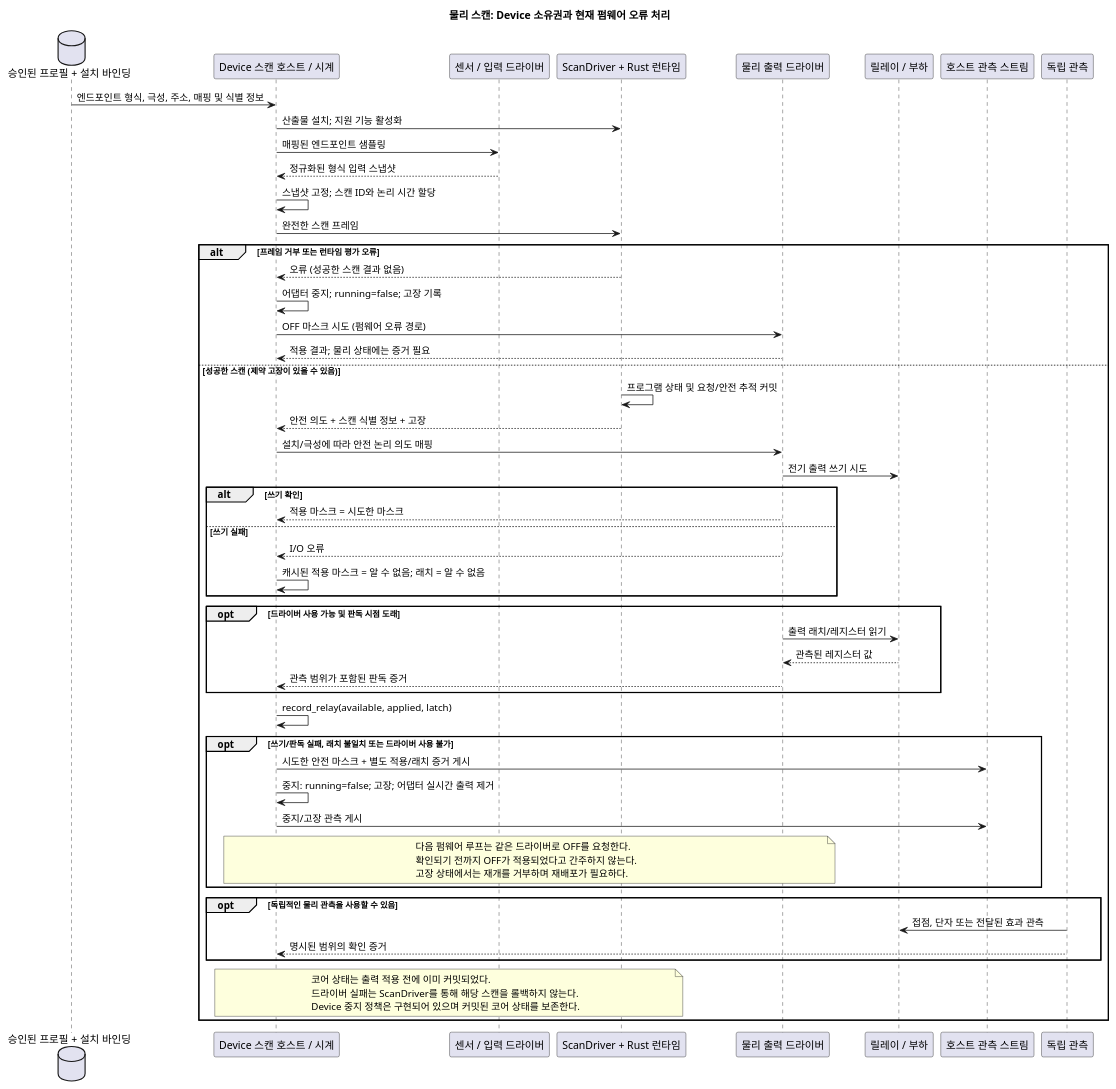
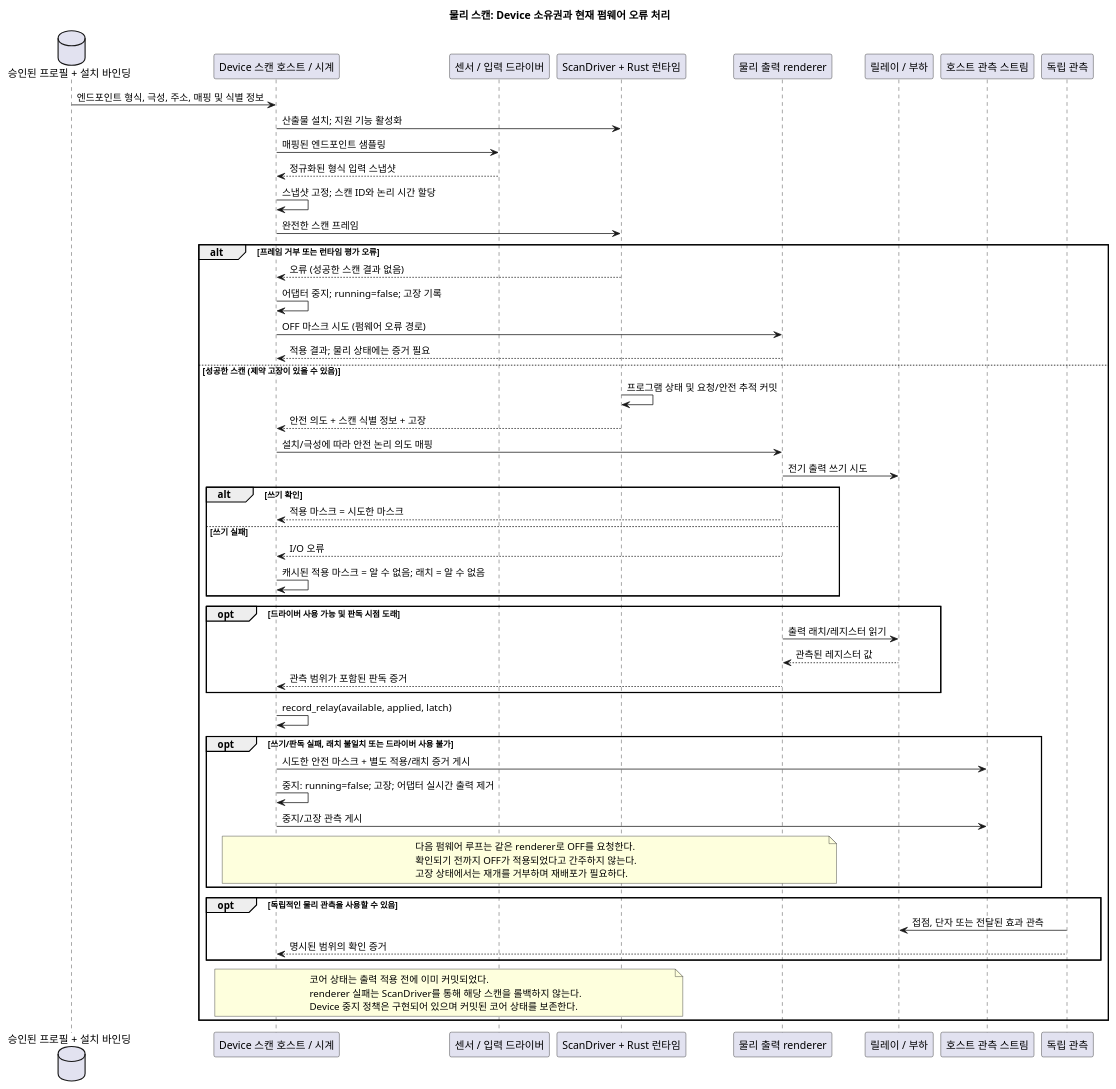
The fourth of 4 diagrams in docs/LLM-TOOLCHAIN-ARCHITECTURE.ko.md (callin2/ghostflow-language), drawn with PlantUML before and after one commit. The commit also changed other lines of this file and 11 other files, not shown here.

````diff
--- a/docs/LLM-TOOLCHAIN-ARCHITECTURE.ko.md
+++ b/docs/LLM-TOOLCHAIN-ARCHITECTURE.ko.md
@@ -265,61 +267,61 @@
 ```plantuml
 @startuml
 title 물리 스캔: Device 소유권과 현재 펌웨어 오류 처리
 database "승인된 프로필 + 설치 바인딩" as Profile
 participant "Device 스캔 호스트 / 시계" as Host
 participant "센서 / 입력 드라이버" as Input
 participant "ScanDriver + Rust 런타임" as Core
-participant "물리 출력 드라이버" as Output
+participant "물리 출력 renderer" as Output
 participant "릴레이 / 부하" as Load
 participant "호스트 관측 스트림" as Evidence
 participant "독립 관측" as Observer
 Profile -> Host: 엔드포인트 형식, 극성, 주소, 매핑 및 식별 정보
 Host -> Core: 산출물 설치; 지원 기능 활성화
 Host -> Input: 매핑된 엔드포인트 샘플링
 Input --> Host: 정규화된 형식 입력 스냅샷
 Host -> Host: 스냅샷 고정; 스캔 ID와 논리 시간 할당
 Host -> Core: 완전한 스캔 프레임
 alt 프레임 거부 또는 런타임 평가 오류
   Core --> Host: 오류 (성공한 스캔 결과 없음)
   Host -> Host: 어댑터 중지; running=false; 고장 기록
   Host -> Output: OFF 마스크 시도 (펌웨어 오류 경로)
   Output --> Host: 적용 결과; 물리 상태에는 증거 필요
 else 성공한 스캔 (제약 고장이 있을 수 있음)
   Core -> Core: 프로그램 상태 및 요청/안전 추적 커밋
   Core --> Host: 안전 의도 + 스캔 식별 정보 + 고장
   Host -> Output: 설치/극성에 따라 안전 논리 의도 매핑
   Output -> Load: 전기 출력 쓰기 시도
   alt 쓰기 확인
     Output --> Host: 적용 마스크 = 시도한 마스크
   else 쓰기 실패
     Output --> Host: I/O 오류
     Host -> Host: 캐시된 적용 마스크 = 알 수 없음; 래치 = 알 수 없음
   end
   opt 드라이버 사용 가능 및 판독 시점 도래
     Output -> Load: 출력 래치/레지스터 읽기
     Load --> Output: 관측된 레지스터 값
     Output --> Host: 관측 범위가 포함된 판독 증거
   end
   Host -> Host: record_relay(available, applied, latch)
   opt 쓰기/판독 실패, 래치 불일치 또는 드라이버 사용 불가
     Host -> Evidence: 시도한 안전 마스크 + 별도 적용/래치 증거 게시
     Host -> Host: 중지: running=false; 고장; 어댑터 실시간 출력 제거
     Host -> Evidence: 중지/고장 관측 게시
     note over Host,Output
-      다음 펌웨어 루프는 같은 드라이버로 OFF를 요청한다.
+      다음 펌웨어 루프는 같은 renderer로 OFF를 요청한다.
       확인되기 전까지 OFF가 적용되었다고 간주하지 않는다.
       고장 상태에서는 재개를 거부하며 재배포가 필요하다.
     end note
   end
   opt 독립적인 물리 관측을 사용할 수 있음
     Observer -> Load: 접점, 단자 또는 전달된 효과 관측
     Observer --> Host: 명시된 범위의 확인 증거
   end
   note over Host,Core
     코어 상태는 출력 적용 전에 이미 커밋되었다.
-    드라이버 실패는 ScanDriver를 통해 해당 스캔을 롤백하지 않는다.
+    renderer 실패는 ScanDriver를 통해 해당 스캔을 롤백하지 않는다.
     Device 중지 정책은 구현되어 있으며 커밋된 코어 상태를 보존한다.
   end note
 end
 @enduml
 ```
````
